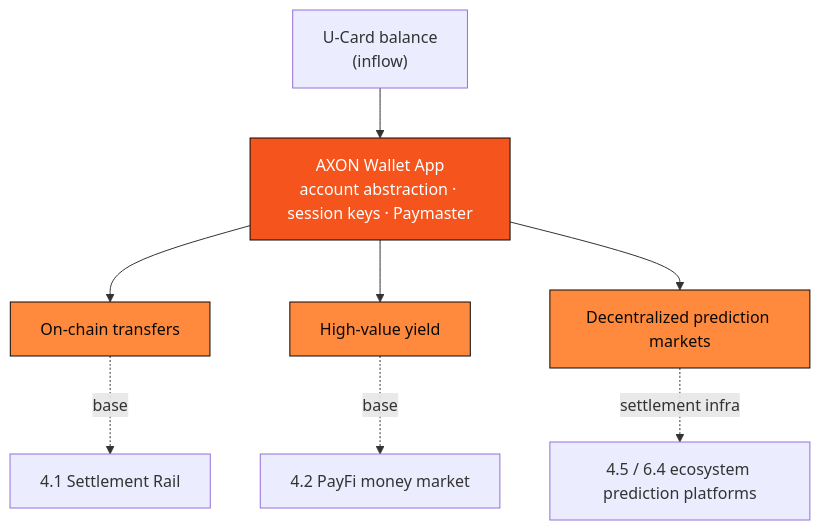
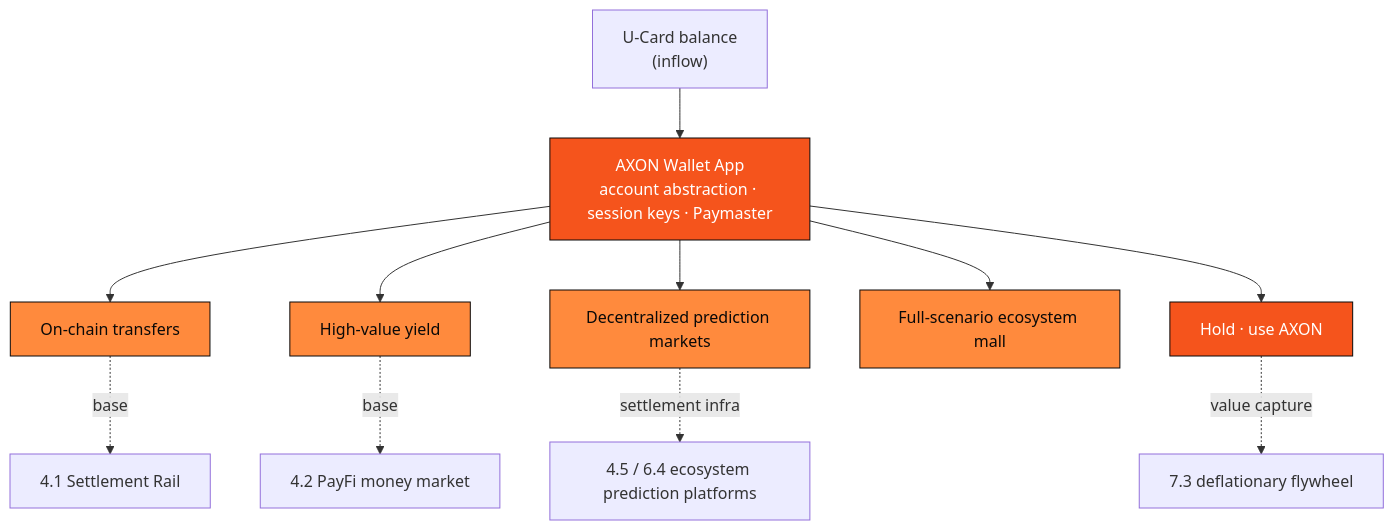
Before and after one commit to AIVIVEHQ/axon-whitepaper: the diagram in en/part4-payfi/4-7-wallet-app.md, drawn with Mermaid. The commit also changed other lines of this file and 1 other file, not shown here.

Commit message:
docs: Wallet App 升级为数字银行级金融超级 app（新增母币 AXON 持有/使用 + 商城入口）

````diff
--- a/en/part4-payfi/4-7-wallet-app.md
+++ b/en/part4-payfi/4-7-wallet-app.md
@@ -16,14 +16,19 @@
 ```mermaid
 flowchart TB
     UC["U-Card balance<br/>(inflow)"] --> W["AXON Wallet App<br/>account abstraction · session keys · Paymaster"]
     W --> T["On-chain transfers"]
     W --> Y["High-value yield"]
     W --> P["Decentralized prediction markets"]
+    W --> M["Full-scenario ecosystem mall"]
+    W --> AX["Hold · use AXON"]
     T -.base.-> R1["4.1 Settlement Rail"]
     Y -.base.-> R2["4.2 PayFi money market"]
     P -.settlement infra.-> R3["4.5 / 6.4 ecosystem prediction platforms"]
+    AX -.value capture.-> R4["7.3 deflationary flywheel"]
     style W fill:#f5541c,stroke:#0a0908,color:#fff
     style T fill:#ff8a3d,stroke:#0a0908,color:#0a0908
     style Y fill:#ff8a3d,stroke:#0a0908,color:#0a0908
     style P fill:#ff8a3d,stroke:#0a0908,color:#0a0908
+    style M fill:#ff8a3d,stroke:#0a0908,color:#0a0908
+    style AX fill:#f5541c,stroke:#0a0908,color:#fff
 ```
````
